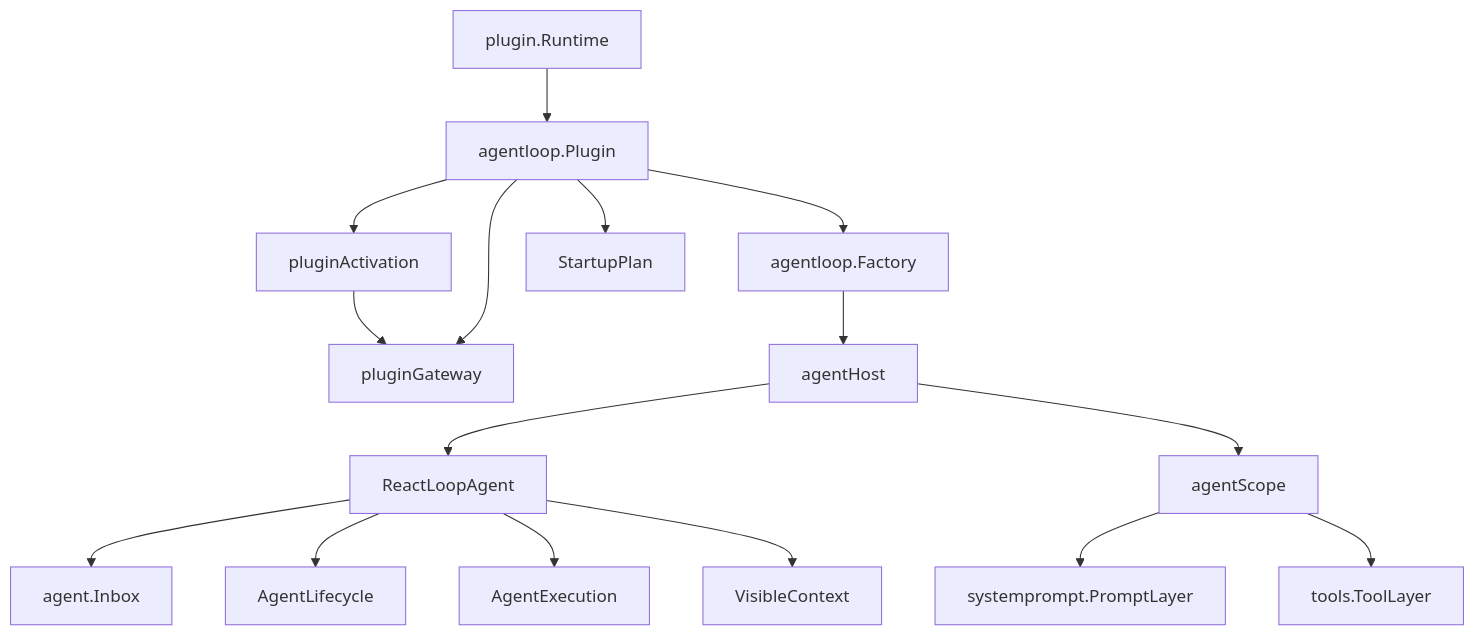
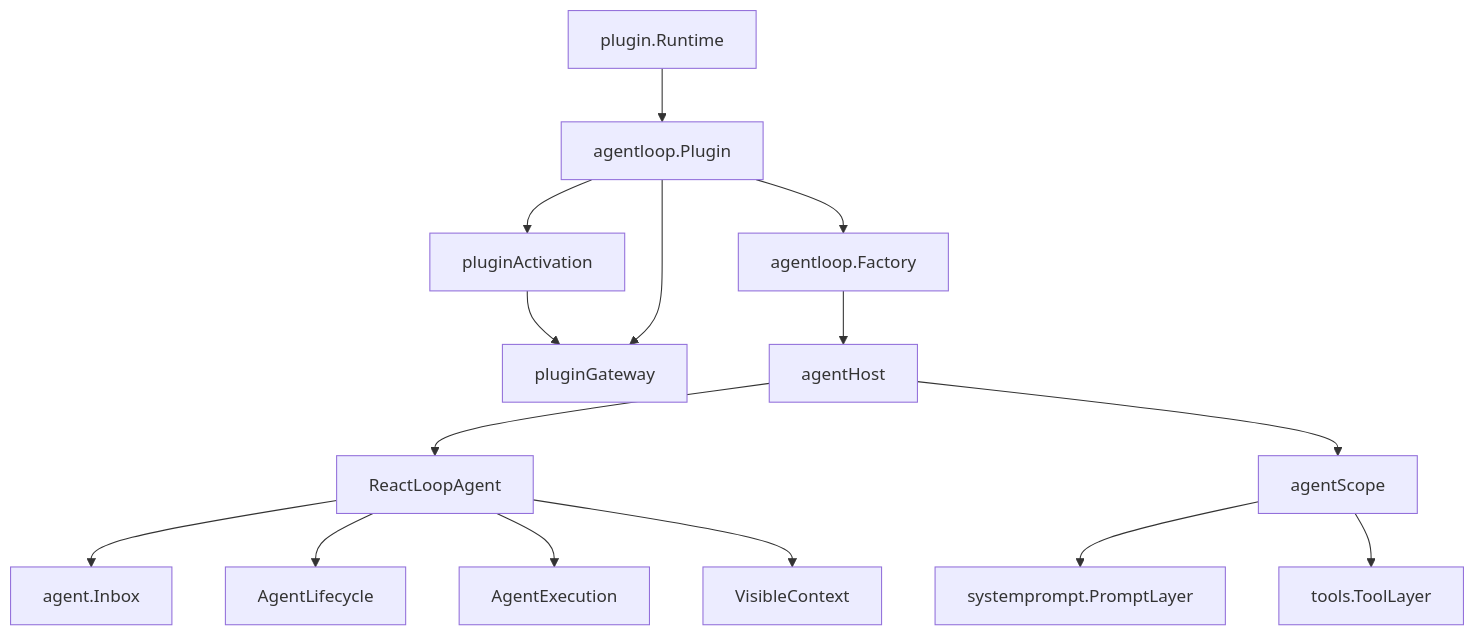
The first of 7 diagrams in zh-CN/15-agent-loop-and-request-driver.md (gorenx/goren), drawn with Mermaid before and after one commit. The commit also changed other lines of this file and 6 other files, not shown here.

````diff
--- a/zh-CN/15-agent-loop-and-request-driver.md
+++ b/zh-CN/15-agent-loop-and-request-driver.md
@@ -67,18 +69,17 @@
 ```mermaid
 flowchart TD
     Runtime[plugin.Runtime] --> Root[agentloop.Plugin]
     Root --> Activation[pluginActivation]
     Activation --> Gateway[pluginGateway]
     Root --> Factory[agentloop.Factory]
     Root --> Gateway[pluginGateway]
-    Root --> Startup[StartupPlan]
     Factory --> Host[agentHost]
     Host --> Agent[ReactLoopAgent]
     Host --> Scope[agentScope]
     Scope --> Prompt[systemprompt.PromptLayer]
     Scope --> Tools[tools.ToolLayer]
     Agent --> Inbox[agent.Inbox]
     Agent --> Lifecycle[AgentLifecycle]
     Agent --> Execution[AgentExecution]
     Agent --> Visible[VisibleContext]
 ```
````
